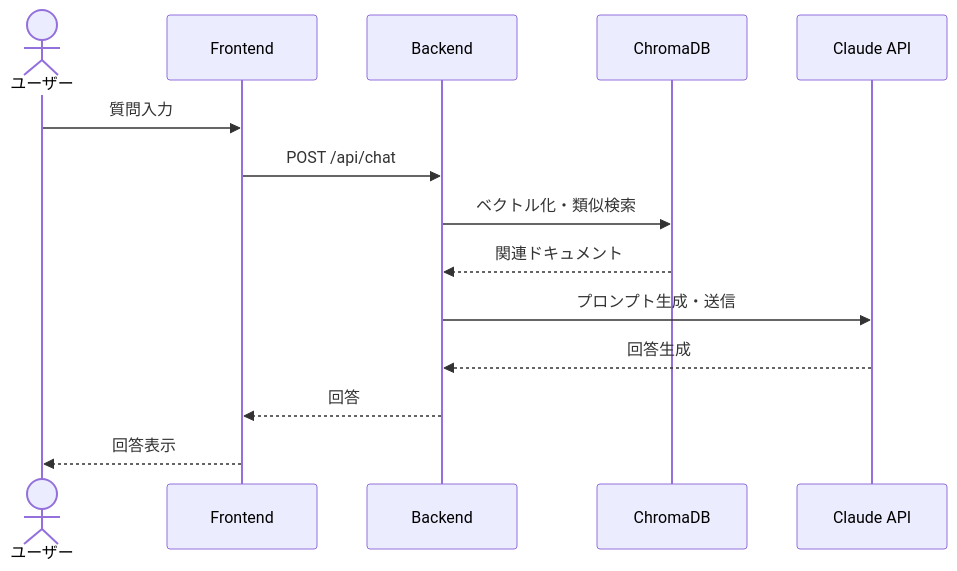
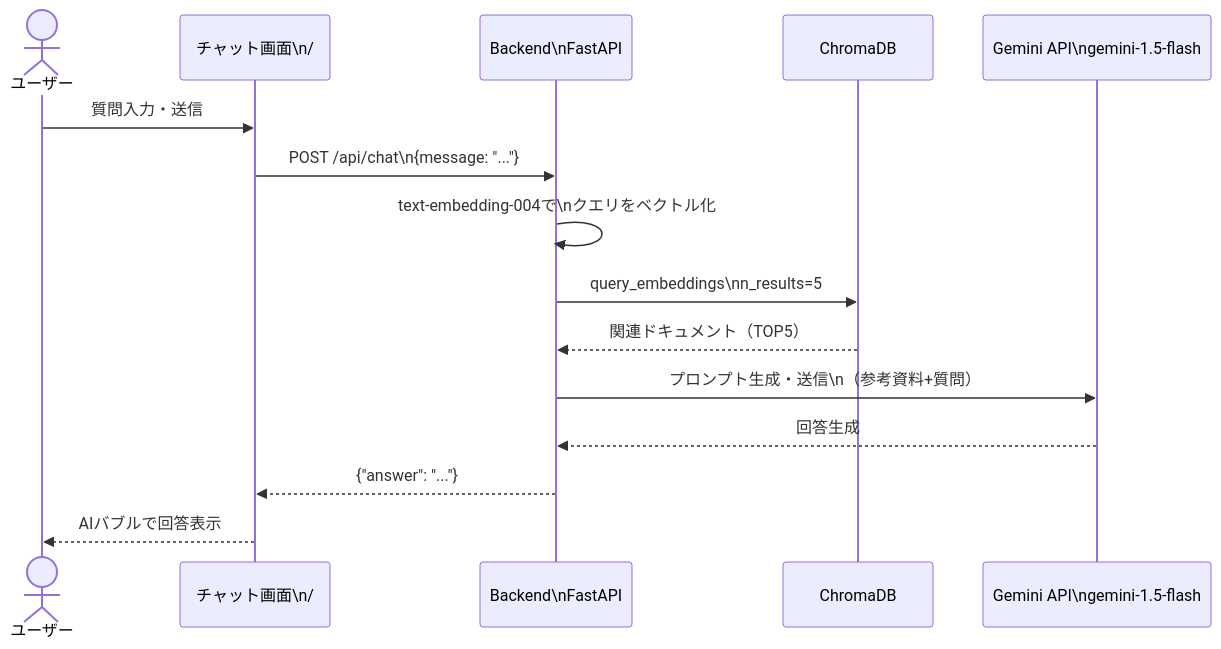
Before and after one commit to redmine54/ai_chat: the first of 5 diagrams in docs/design/sequence_diagrams.md, drawn with Mermaid. The commit also changed other lines of this file and 9 other files, not shown here.

````diff
--- a/docs/design/sequence_diagrams.md
+++ b/docs/design/sequence_diagrams.md
@@ -8,17 +8,18 @@
 ```mermaid
 sequenceDiagram
     actor User as ユーザー
-    participant FE as Frontend
-    participant BE as Backend
+    participant UI as チャット画面\n/
+    participant BE as Backend\nFastAPI
     participant DB as ChromaDB
-    participant LLM as Claude API
+    participant LLM as Gemini API\ngemini-1.5-flash
 
-    User->>FE: 質問入力
-    FE->>BE: POST /api/chat
-    BE->>DB: ベクトル化・類似検索
-    DB-->>BE: 関連ドキュメント
-    BE->>LLM: プロンプト生成・送信
+    User->>UI: 質問入力・送信
+    UI->>BE: POST /api/chat\n{message: "..."}
+    BE->>BE: text-embedding-004で\nクエリをベクトル化
+    BE->>DB: query_embeddings\nn_results=5
+    DB-->>BE: 関連ドキュメント（TOP5）
+    BE->>LLM: プロンプト生成・送信\n（参考資料+質問）
     LLM-->>BE: 回答生成
-    BE-->>FE: 回答
-    FE-->>User: 回答表示
+    BE-->>UI: {"answer": "..."}
+    UI-->>User: AIバブルで回答表示
 ```
````
